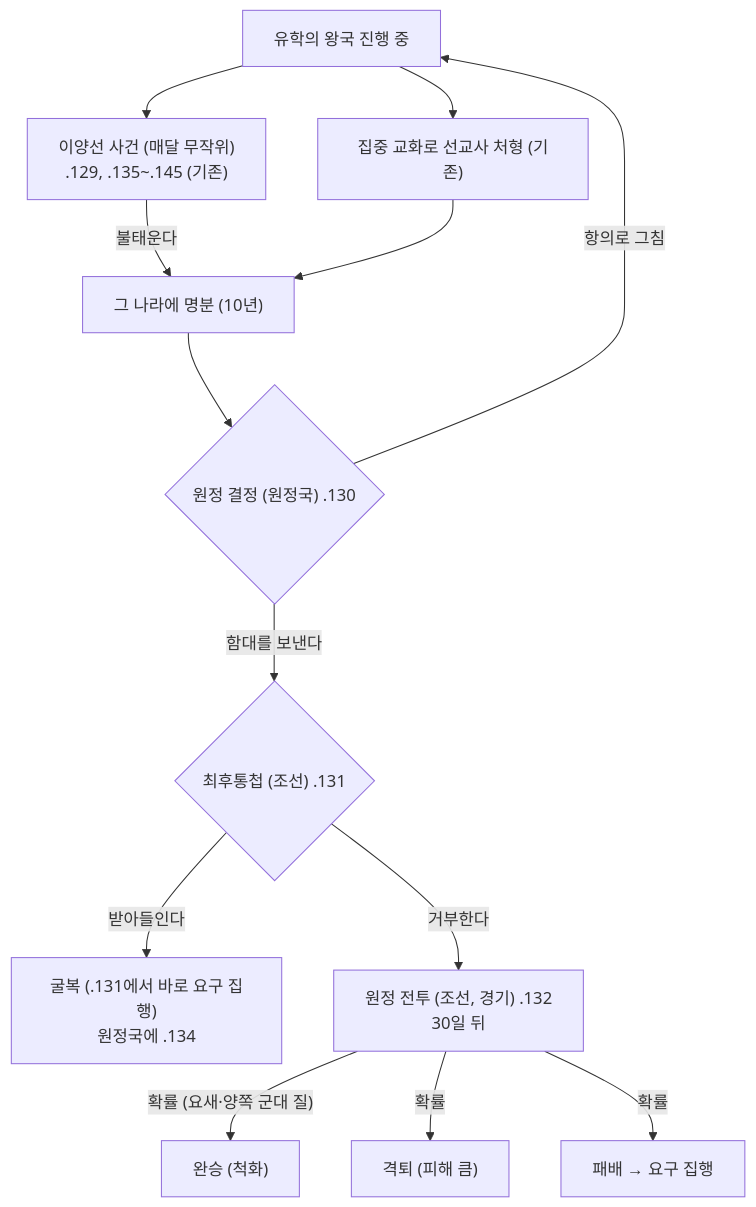
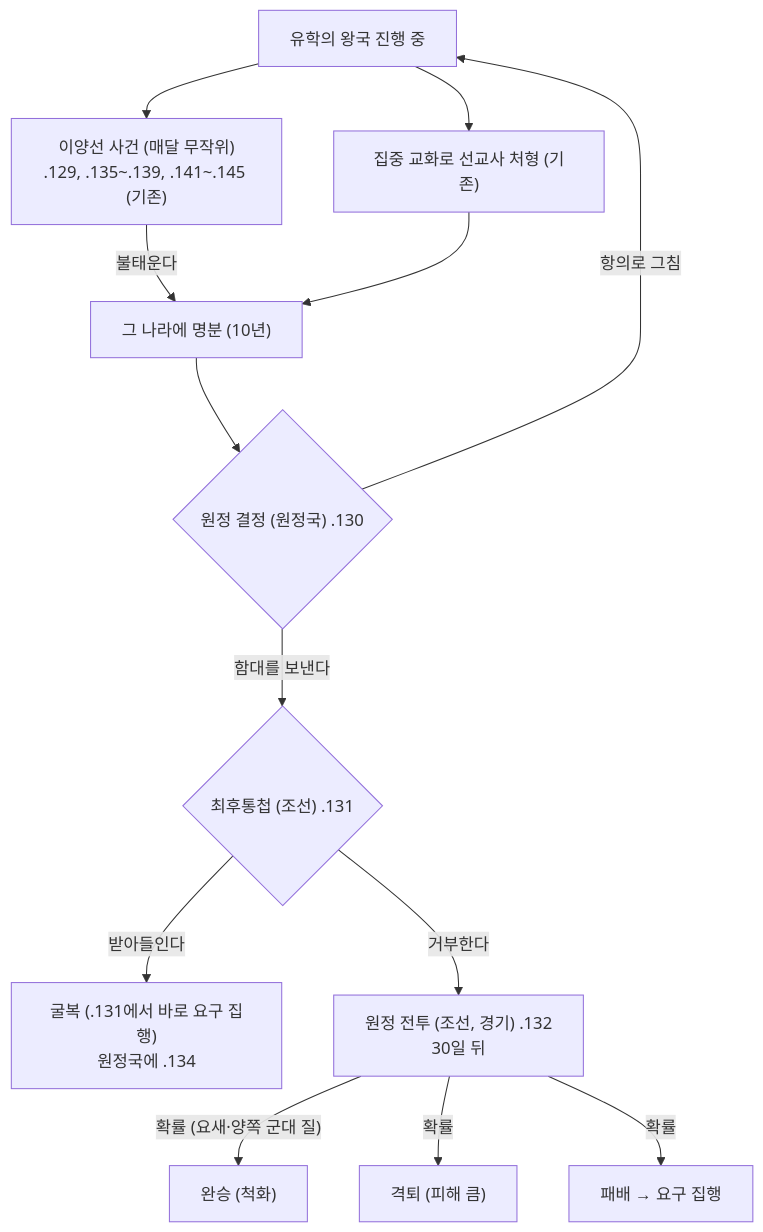
Before and after one commit to East-Asia-Flavor-Pack/East-Asia-Flavor-Pack: the second of 2 diagrams in docs/joseon_confucian_absolutism.md, drawn with Mermaid. The commit also changed 17 other files, not shown here.

````diff
--- a/docs/joseon_confucian_absolutism.md
+++ b/docs/joseon_confucian_absolutism.md
@@ -629,15 +629,15 @@
 ```mermaid
 flowchart TD
-    JE["유학의 왕국 진행 중"] --> SHIP["이양선 사건 (매달 무작위)<br/>.129, .135~.145 (기존)"]
+    JE["유학의 왕국 진행 중"] --> SHIP["이양선 사건 (매달 무작위)<br/>.129, .135~.139, .141~.145 (기존)"]
     JE --> PURGE["집중 교화로 선교사 처형 (기존)"]
     SHIP -- "불태운다" --> G["그 나라에 명분 (10년)"]
     PURGE --> G
     G --> DEC{"원정 결정 (원정국) .130"}
     DEC -- "항의로 그침" --> JE
     DEC -- "함대를 보낸다" --> ULT{"최후통첩 (조선) .131"}
     ULT -- "받아들인다" --> SUB["굴복 (.131에서 바로 요구 집행)<br/>원정국에 .134"]
     ULT -- "거부한다" --> BOMB["원정 전투 (조선, 경기) .132<br/>30일 뒤"]
     BOMB -- "확률 (요새·양쪽 군대 질)" --> WIN["완승 (척화)"]
     BOMB -- "확률" --> HOLD["격퇴 (피해 큼)"]
     BOMB -- "확률" --> LOSE["패배 → 요구 집행"]
 ```
````
